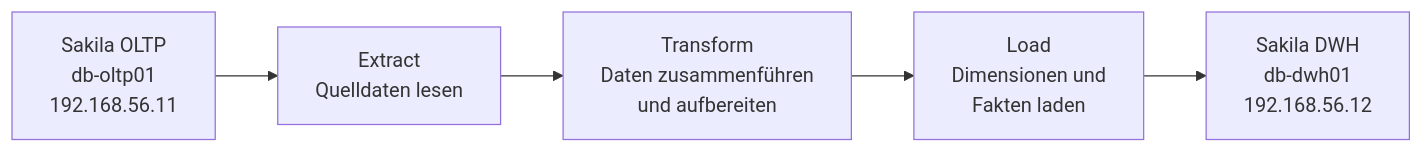
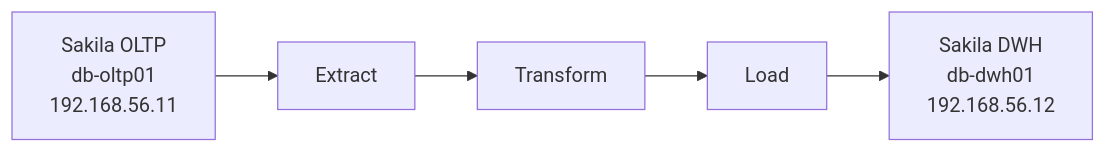
Before and after one commit to t-rasiah/sakila-data-warehouse: the third of 4 diagrams in docs/dokumentation.md, drawn with Mermaid. The commit also changed other lines of this file, not shown here.

````diff
--- a/docs/dokumentation.md
+++ b/docs/dokumentation.md
@@ -533,13 +350,7 @@
 ```mermaid
 flowchart LR
-    A["Sakila OLTP<br/>db-oltp01<br/>192.168.56.11"]
-    B["Extract<br/>Quelldaten lesen"]
-    C["Transform<br/>Daten zusammenführen<br/>und aufbereiten"]
-    D["Load<br/>Dimensionen und<br/>Fakten laden"]
-    E["Sakila DWH<br/>db-dwh01<br/>192.168.56.12"]
-
-    A --> B
-    B --> C
-    C --> D
-    D --> E
+    A["Sakila OLTP<br>db-oltp01<br>192.168.56.11"] --> B["Extract"]
+    B --> C["Transform"]
+    C --> D["Load"]
+    D --> E["Sakila DWH<br>db-dwh01<br>192.168.56.12"]
 ```
````
